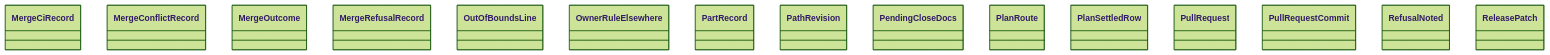
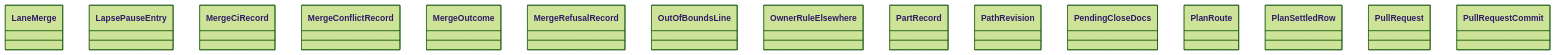
One commit to GonzaloZevallos/agentic-system changed the diagram in docs/architecture/generated/classes-process-domain-state-7.md. Above: the diagram before and after it, drawn with Mermaid (forest theme). The commit also changed other lines of this file and 15 other files, not shown here.

````diff
--- a/docs/architecture/generated/classes-process-domain-state-7.md
+++ b/docs/architecture/generated/classes-process-domain-state-7.md
@@ -31,18 +31,18 @@
 ```mermaid
 classDiagram
+    class task__LaneMerge["LaneMerge"]
+    class task__LapsePauseEntry["LapsePauseEntry"]
     class task__MergeCiRecord["MergeCiRecord"]
     class task__MergeConflictRecord["MergeConflictRecord"]
     class task__MergeOutcome["MergeOutcome"]
     class task__MergeRefusalRecord["MergeRefusalRecord"]
     class task__OutOfBoundsLine["OutOfBoundsLine"]
     class task__OwnerRuleElsewhere["OwnerRuleElsewhere"]
     class task__PartRecord["PartRecord"]
     class task__PathRevision["PathRevision"]
     class task__PendingCloseDocs["PendingCloseDocs"]
     class task__PlanRoute["PlanRoute"]
     class task__PlanSettledRow["PlanSettledRow"]
     class task__PullRequest["PullRequest"]
     class task__PullRequestCommit["PullRequestCommit"]
-    class task__RefusalNoted["RefusalNoted"]
-    class task__ReleasePatch["ReleasePatch"]
 ```
````
